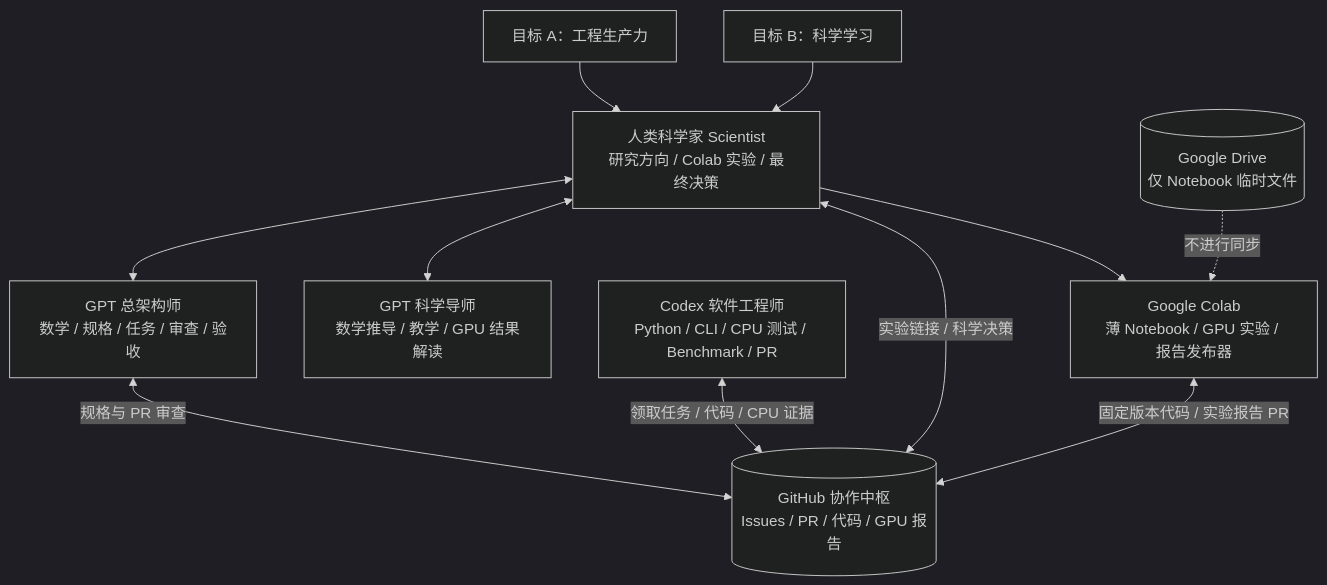
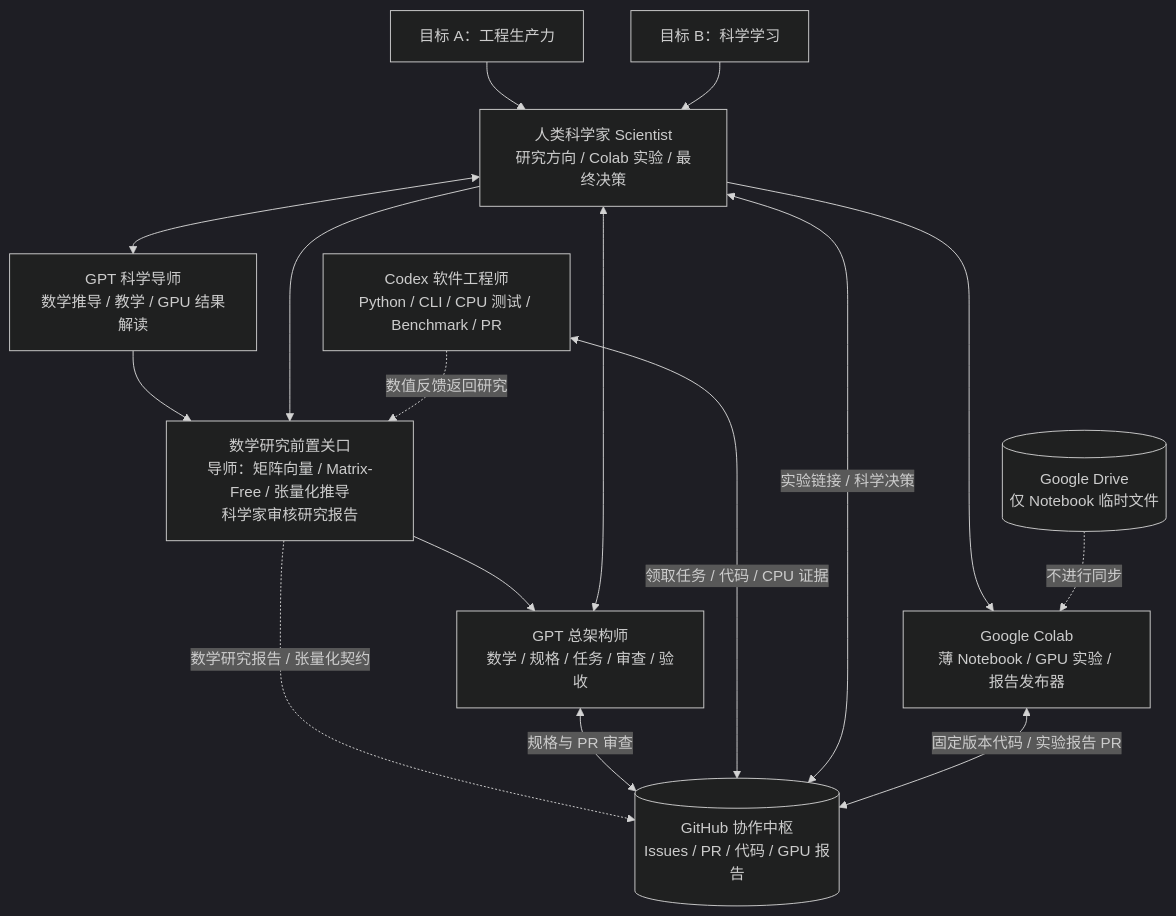
The diagram in i18n/zh-CN/docs/ARCHITECTURE.md (JohnnyZPiggy/SAE-Framework), drawn with Mermaid (dark theme) before and after one commit. The commit also changed other lines of this file and 42 other files, not shown here.

````diff
--- a/i18n/zh-CN/docs/ARCHITECTURE.md
+++ b/i18n/zh-CN/docs/ARCHITECTURE.md
@@ -16,22 +27,28 @@
 ```mermaid
 flowchart TD
     G1["目标 A：工程生产力"]
     G2["目标 B：科学学习"]
     S["人类科学家 Scientist<br/>研究方向 / Colab 实验 / 最终决策"]
     A["GPT 总架构师<br/>数学 / 规格 / 任务 / 审查 / 验收"]
     M["GPT 科学导师<br/>数学推导 / 教学 / GPU 结果解读"]
     C["Codex 软件工程师<br/>Python / CLI / CPU 测试 / Benchmark / PR"]
     H[("GitHub 协作中枢<br/>Issues / PR / 代码 / GPU 报告")]
     L["Google Colab<br/>薄 Notebook / GPU 实验 / 报告发布器"]
     D[("Google Drive<br/>仅 Notebook 临时文件")]
+    R["数学研究前置关口<br/>导师：矩阵向量 / Matrix-Free / 张量化推导<br/>科学家审核研究报告"]
+    M --> R
+    S --> R
+    R --> A
+    R -.->|"数学研究报告 / 张量化契约"| H
+    C -.->|"数值反馈返回研究"| R
     G1 --> S
     G2 --> S
     S <--> A
     S <--> M
     A <-->|"规格与 PR 审查"| H
     C <-->|"领取任务 / 代码 / CPU 证据"| H
     S <-->|"实验链接 / 科学决策"| H
     S --> L
     L <-->|"固定版本代码 / 实验报告 PR"| H
     D -.->|"不进行同步"| L
 ```
````
